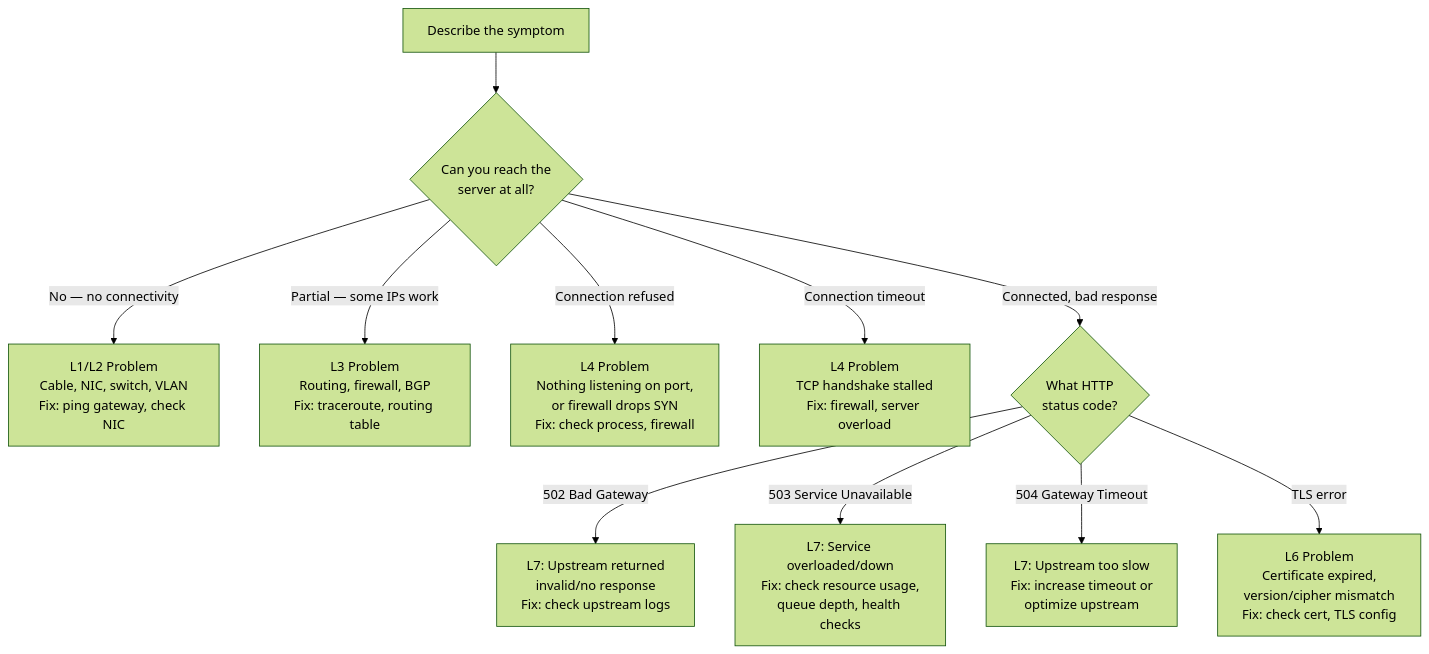
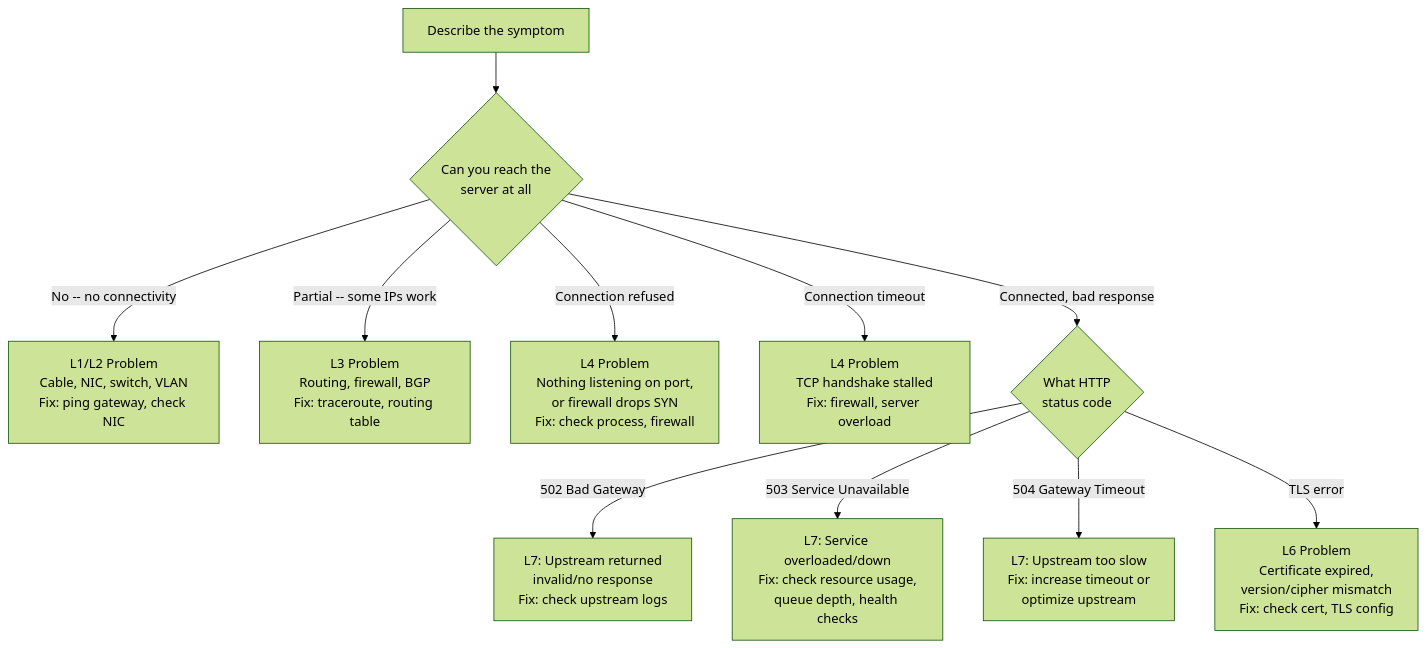
Before and after one commit to ranjeetnegi/System-Design-for-Staff-SWE: the second of 13 diagrams in Section0/Chapter_4_Networking_Foundations.md, drawn with Mermaid (forest theme). The commit also changed other lines of this file and 11 other files, not shown here.

````diff
--- a/Section0/Chapter_4_Networking_Foundations.md
+++ b/Section0/Chapter_4_Networking_Foundations.md
@@ -116,22 +116,22 @@
 ```mermaid
 flowchart TD
-    SYMPTOM["Describe the symptom"] --> Q1{"Can you reach the<br/>server at all?"}
+    SYMPTOM["Describe the symptom"] --> Q1{"Can you reach the<br/>server at all "}
     
-    Q1 -->|"No — no connectivity"| L1L2["L1/L2 Problem<br/>Cable, NIC, switch, VLAN<br/>Fix: ping gateway, check NIC"]
+    Q1 -->|"No -- no connectivity"| L1L2["L1/L2 Problem<br/>Cable, NIC, switch, VLAN<br/>Fix: ping gateway, check NIC"]
     
-    Q1 -->|"Partial — some IPs work"| L3["L3 Problem<br/>Routing, firewall, BGP<br/>Fix: traceroute, routing table"]
+    Q1 -->|"Partial -- some IPs work"| L3["L3 Problem<br/>Routing, firewall, BGP<br/>Fix: traceroute, routing table"]
     
     Q1 -->|"Connection refused"| L4A["L4 Problem<br/>Nothing listening on port,<br/>or firewall drops SYN<br/>Fix: check process, firewall"]
     
     Q1 -->|"Connection timeout"| L4B["L4 Problem<br/>TCP handshake stalled<br/>Fix: firewall, server overload"]
     
-    Q1 -->|"Connected, bad response"| L7{"What HTTP<br/>status code?"}
+    Q1 -->|"Connected, bad response"| L7{"What HTTP<br/>status code "}
     
     L7 -->|"502 Bad Gateway"| E502["L7: Upstream returned<br/>invalid/no response<br/>Fix: check upstream logs"]
     
     L7 -->|"503 Service Unavailable"| E503["L7: Service overloaded/down<br/>Fix: check resource usage,<br/>queue depth, health checks"]
     
     L7 -->|"504 Gateway Timeout"| E504["L7: Upstream too slow<br/>Fix: increase timeout or<br/>optimize upstream"]
     
     L7 -->|"TLS error"| L6["L6 Problem<br/>Certificate expired,<br/>version/cipher mismatch<br/>Fix: check cert, TLS config"]
 ```
````
